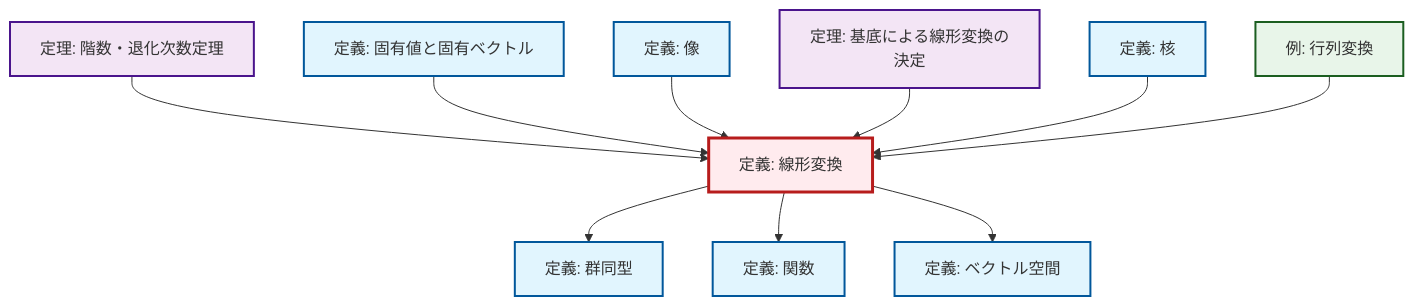
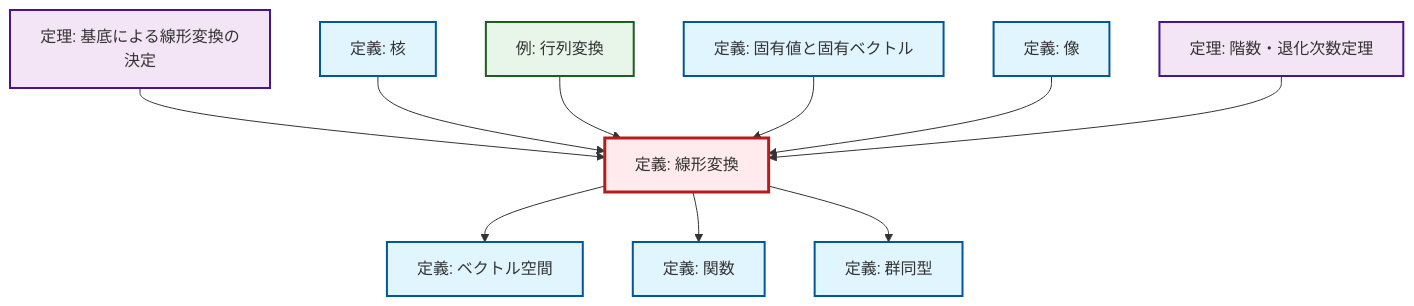
The diagram in content/ja/algebra/def-linear-transformation.qmd (RK0429/ModernMath), drawn with Mermaid before and after one commit. The commit also changed other lines of this file and 328 other files, not shown here.

````diff
--- a/content/ja/algebra/def-linear-transformation.qmd
+++ b/content/ja/algebra/def-linear-transformation.qmd
@@ -48,38 +48,38 @@
 ```{mermaid}
 %%| fig-cap: "ローカル依存関係グラフ"
 graph TD
     classDef definition fill:#e1f5fe,stroke:#01579b,stroke-width:2px
     classDef theorem fill:#f3e5f5,stroke:#4a148c,stroke-width:2px
     classDef axiom fill:#fff3e0,stroke:#e65100,stroke-width:2px
     classDef example fill:#e8f5e9,stroke:#1b5e20,stroke-width:2px
     classDef current fill:#ffebee,stroke:#b71c1c,stroke-width:3px
-    thm-rank-nullity["定理: 階数・退化次数定理"]:::theorem
-    def-image["定義: 像"]:::definition
+    def-linear-transformation["定義: 線形変換"]:::definition
+    def-vector-space["定義: ベクトル空間"]:::definition
+    def-kernel["定義: 核"]:::definition
+    def-function["定義: 関数"]:::definition
+    def-isomorphism["定義: 群同型"]:::definition
     ex-matrix-transformation["例: 行列変換"]:::example
     def-eigenvalue-eigenvector["定義: 固有値と固有ベクトル"]:::definition
-    def-isomorphism["定義: 群同型"]:::definition
-    def-function["定義: 関数"]:::definition
-    def-linear-transformation["定義: 線形変換"]:::definition
-    def-kernel["定義: 核"]:::definition
-    def-vector-space["定義: ベクトル空間"]:::definition
+    thm-rank-nullity["定理: 階数・退化次数定理"]:::theorem
     thm-linear-transformation-basis["定理: 基底による線形変換の決定"]:::theorem
+    def-image["定義: 像"]:::definition
+    thm-linear-transformation-basis --> def-linear-transformation
+    def-kernel --> def-linear-transformation
+    def-linear-transformation --> def-vector-space
+    def-linear-transformation --> def-function
     def-linear-transformation --> def-isomorphism
-    thm-rank-nullity --> def-linear-transformation
+    ex-matrix-transformation --> def-linear-transformation
     def-eigenvalue-eigenvector --> def-linear-transformation
     def-image --> def-linear-transformation
-    thm-linear-transformation-basis --> def-linear-transformation
-    def-linear-transformation --> def-function
-    def-kernel --> def-linear-transformation
-    ex-matrix-transformation --> def-linear-transformation
-    def-linear-transformation --> def-vector-space
+    thm-rank-nullity --> def-linear-transformation
     class def-linear-transformation current
-    click thm-rank-nullity "thm-rank-nullity.html" "階数・退化次数定理の定理へ"
-    click def-image "def-image.html" "像の定義へ"
+    click def-vector-space "def-vector-space.html" "ベクトル空間の定義へ"
+    click def-kernel "def-kernel.html" "核の定義へ"
+    click def-function "def-function.html" "関数の定義へ"
+    click def-isomorphism "def-isomorphism.html" "群同型の定義へ"
     click ex-matrix-transformation "ex-matrix-transformation.html" "行列変換の例へ"
     click def-eigenvalue-eigenvector "def-eigenvalue-eigenvector.html" "固有値と固有ベクトルの定義へ"
-    click def-isomorphism "def-isomorphism.html" "群同型の定義へ"
-    click def-function "def-function.html" "関数の定義へ"
-    click def-kernel "def-kernel.html" "核の定義へ"
-    click def-vector-space "def-vector-space.html" "ベクトル空間の定義へ"
+    click thm-rank-nullity "thm-rank-nullity.html" "階数・退化次数定理の定理へ"
     click thm-linear-transformation-basis "thm-linear-transformation-basis.html" "基底による線形変換の決定の定理へ"
+    click def-image "def-image.html" "像の定義へ"
 ```
````
